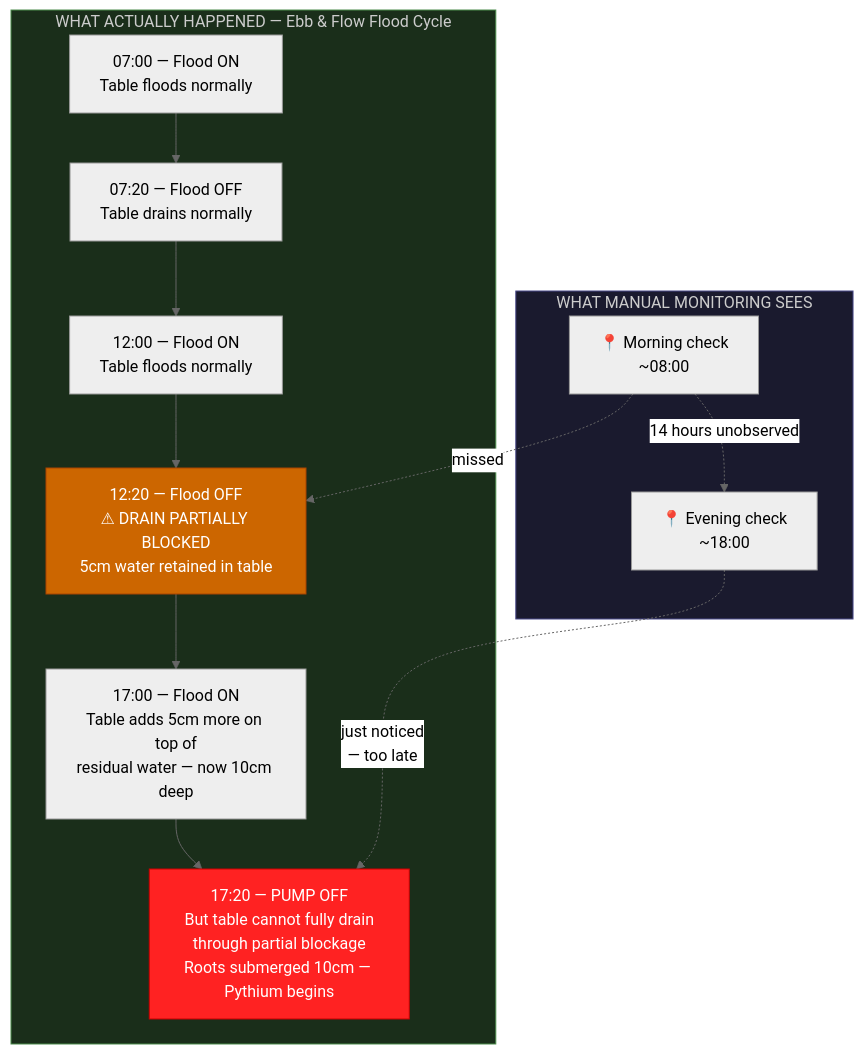
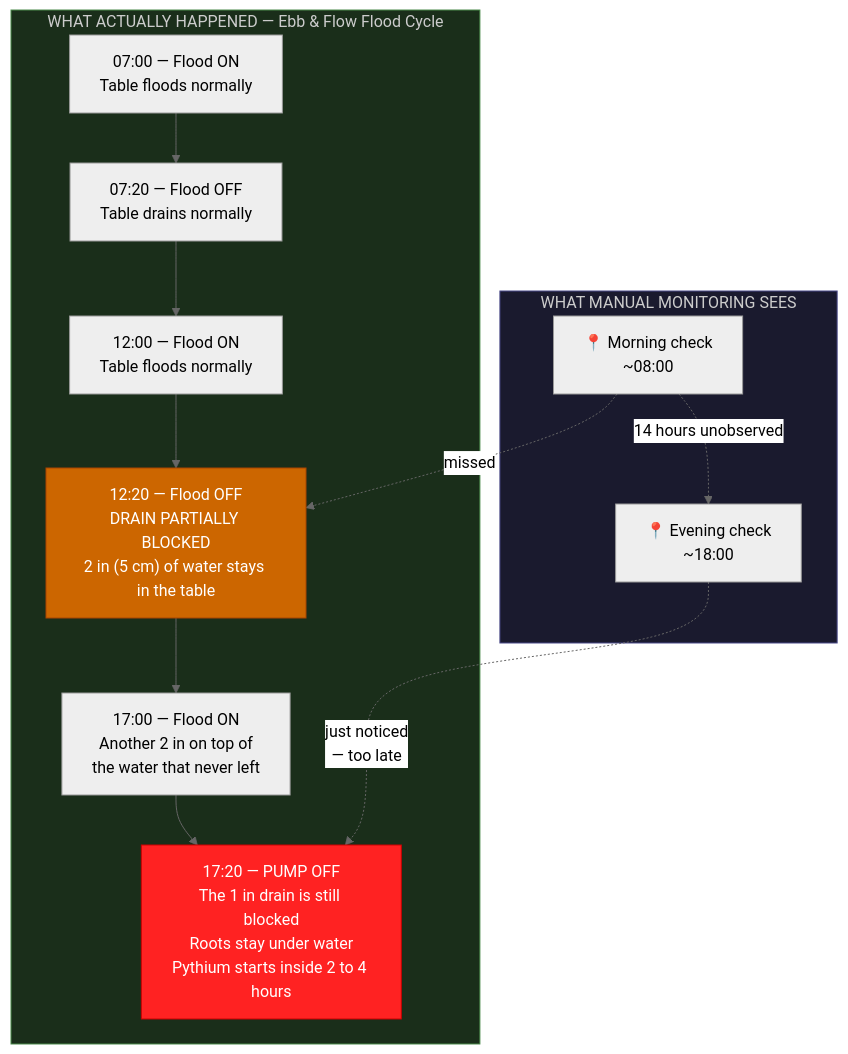
Before and after one commit to UncleJS/guide_hydroponics: the first of 13 diagrams in guide/ebb-and-flow/13-automation.md, drawn with Mermaid (neutral theme). The commit also changed other lines of this file and 35 other files, not shown here.

````diff
--- a/guide/ebb-and-flow/13-automation.md
+++ b/guide/ebb-and-flow/13-automation.md
@@ -119,26 +121,26 @@
 ```mermaid
 flowchart TD
     subgraph manual["WHAT MANUAL MONITORING SEES"]
         M1["📍 Morning check<br/>~08:00"]
         M2["📍 Evening check<br/>~18:00"]
         M1 -.->|"14 hours unobserved"| M2
     end
 
     subgraph actual["WHAT ACTUALLY HAPPENED — Ebb &amp; Flow Flood Cycle"]
         T1["07:00 — Flood ON<br/>Table floods normally"]
         T2["07:20 — Flood OFF<br/>Table drains normally"]
         T3["12:00 — Flood ON<br/>Table floods normally"]
-        T4["12:20 — Flood OFF<br/>⚠ DRAIN PARTIALLY BLOCKED<br/>5cm water retained in table"]
-        T5["17:00 — Flood ON<br/>Table adds 5cm more on top of<br/>residual water — now 10cm deep"]
-        T6["17:20 — PUMP OFF<br/>But table cannot fully drain<br/>through partial blockage<br/>Roots submerged 10cm — Pythium begins"]
+        T4["12:20 — Flood OFF<br/>DRAIN PARTIALLY BLOCKED<br/>2 in (5 cm) of water stays in the table"]
+        T5["17:00 — Flood ON<br/>Another 2 in on top of<br/>the water that never left"]
+        T6["17:20 — PUMP OFF<br/>The 1 in drain is still blocked<br/>Roots stay under water<br/>Pythium starts inside 2 to 4 hours"]
         T1 --> T2 --> T3 --> T4 --> T5 --> T6
     end
 
     M1 -. "missed" .-> T4
     M2 -. "just noticed<br/>— too late" .-> T6
 
     style T4 fill:#cc6600,color:#fff,stroke:#aa4400
     style T6 fill:#ff2222,color:#fff,stroke:#cc0000
     style manual fill:#1a1a2e,stroke:#4a4a8a,color:#ccc
     style actual fill:#1a2e1a,stroke:#4a8a4a,color:#ccc
 ```
````
